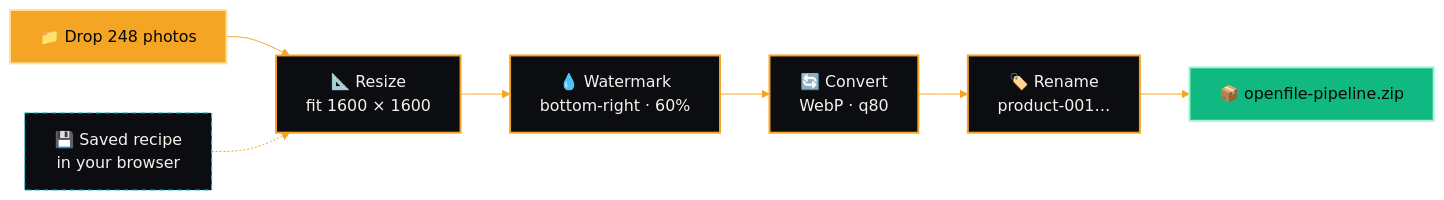
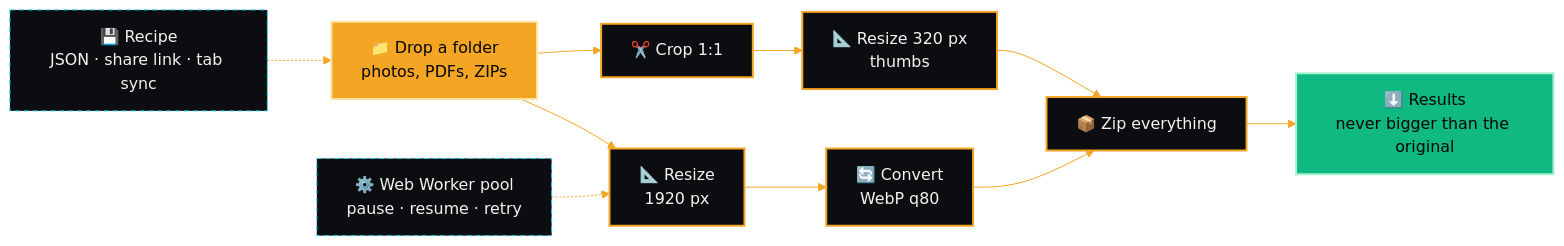
The third of 8 diagrams in README.md (aniruddhaadak80/OpenFile), drawn with Mermaid before and after one commit. The commit also changed other lines of this file and 75 other files, not shown here.

Commit message:
feat(workspace): batch pipeline studio with node canvas, 32 steps, worker pool, recipes, motion previews and guide

````diff
--- a/README.md
+++ b/README.md
@@ -1385,14 +1385,17 @@
 ```mermaid
 %%{init: {'theme':'base','themeVariables':{'fontFamily':'system-ui, sans-serif','lineColor':'#F5A524','primaryTextColor':'#F5F3EE'}}}%%
 flowchart LR
-    A["📁 Drop 248 photos"]:::input --> B["📐 Resize<br/>fit 1600 × 1600"]:::step
-    B --> C["💧 Watermark<br/>bottom-right · 60%"]:::step
-    C --> D["🔄 Convert<br/>WebP · q80"]:::step
-    D --> E["🏷️ Rename<br/>product-001…"]:::step
-    E --> F["📦 openfile-pipeline.zip"]:::output
-    P["💾 Saved recipe<br/>in your browser"]:::store -.-> B
+    A["📁 Drop a folder<br/>photos, PDFs, ZIPs"]:::input --> B["📐 Resize<br/>1920 px"]:::step
+    A --> C["✂️ Crop 1:1"]:::step
+    B --> D["🔄 Convert<br/>WebP q80"]:::step
+    C --> E["📐 Resize 320 px<br/>thumbs"]:::step
+    D --> Z["📦 Zip everything"]:::step
+    E --> Z
+    Z --> F["⬇️ Results<br/>never bigger than the original"]:::output
+    W["⚙️ Web Worker pool<br/>pause · resume · retry"]:::store -.-> B
+    P["💾 Recipe<br/>JSON · share link · tab sync"]:::store -.-> A
     classDef input fill:#F5A524,stroke:#FFE3A3,color:#050505,stroke-width:2px
     classDef step fill:#0B0D10,stroke:#F5A524,color:#F5F3EE,stroke-width:2px
     classDef output fill:#10B981,stroke:#A7F3D0,color:#050505,stroke-width:2px
     classDef store fill:#0B0D10,stroke:#22D3EE,color:#F5F3EE,stroke-dasharray:5 4
 ```
````
